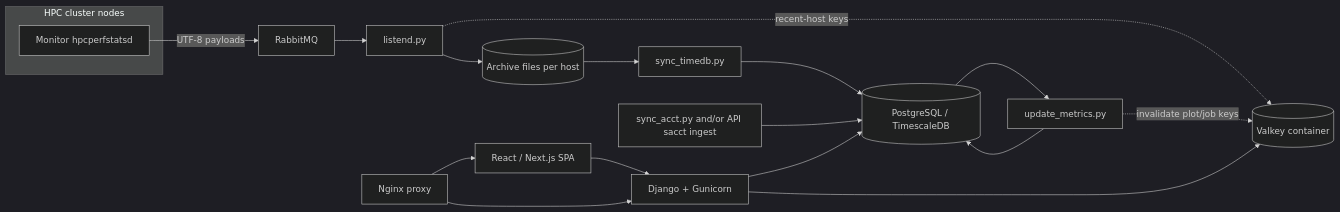
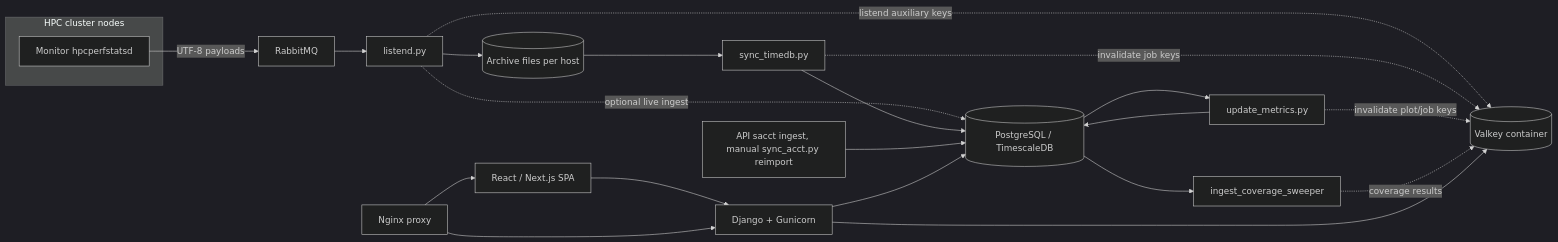
One commit to TACC/HPCPerfStats changed the first of 2 diagrams in docs/design-document.md. Above: the diagram before and after it, drawn with Mermaid (dark theme). The commit also changed other lines of this file and 41 other files, not shown here.

````diff
--- a/docs/design-document.md
+++ b/docs/design-document.md
@@ -54,33 +54,38 @@
 ```mermaid
 flowchart LR
   subgraph cluster["HPC cluster nodes"]
     M[Monitor hpcperfstatsd]
   end
   RMQ[RabbitMQ]
   L[listend.py]
   ARC[(Archive files per host)]
   ST[sync_timedb.py]
   DB[(PostgreSQL / TimescaleDB)]
-  SA[sync_acct.py and/or API sacct ingest]
+  SA[API sacct ingest, manual sync_acct.py reimport]
   UM[update_metrics.py]
+  ICS[ingest_coverage_sweeper]
   WEB[Django + Gunicorn]
   FE[React / Next.js SPA]
   VALKEY[(Valkey container)]
   PXY[Nginx proxy]
 
   M -->|UTF-8 payloads| RMQ
   RMQ --> L
   L --> ARC
-  L -.->|recent-host keys| VALKEY
+  L -.->|listend auxiliary keys| VALKEY
+  L -.->|optional live ingest| DB
   ARC --> ST
   ST --> DB
+  ST -.->|invalidate job keys| VALKEY
   SA --> DB
   DB --> UM
   UM --> DB
   UM -.->|invalidate plot/job keys| VALKEY
+  DB --> ICS
+  ICS -.->|coverage results| VALKEY
   WEB --> DB
   WEB --> VALKEY
   FE --> WEB
   PXY --> WEB
   PXY --> FE
 ```
````
